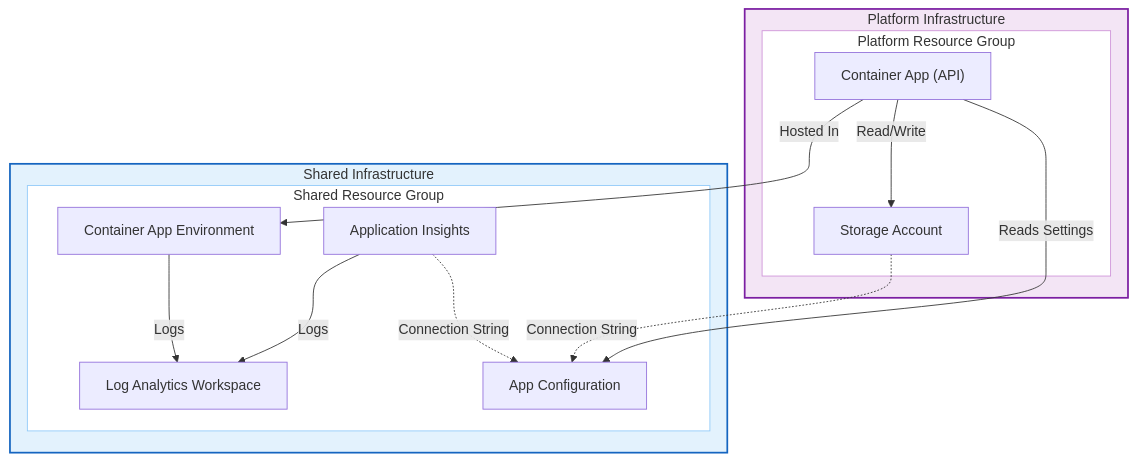
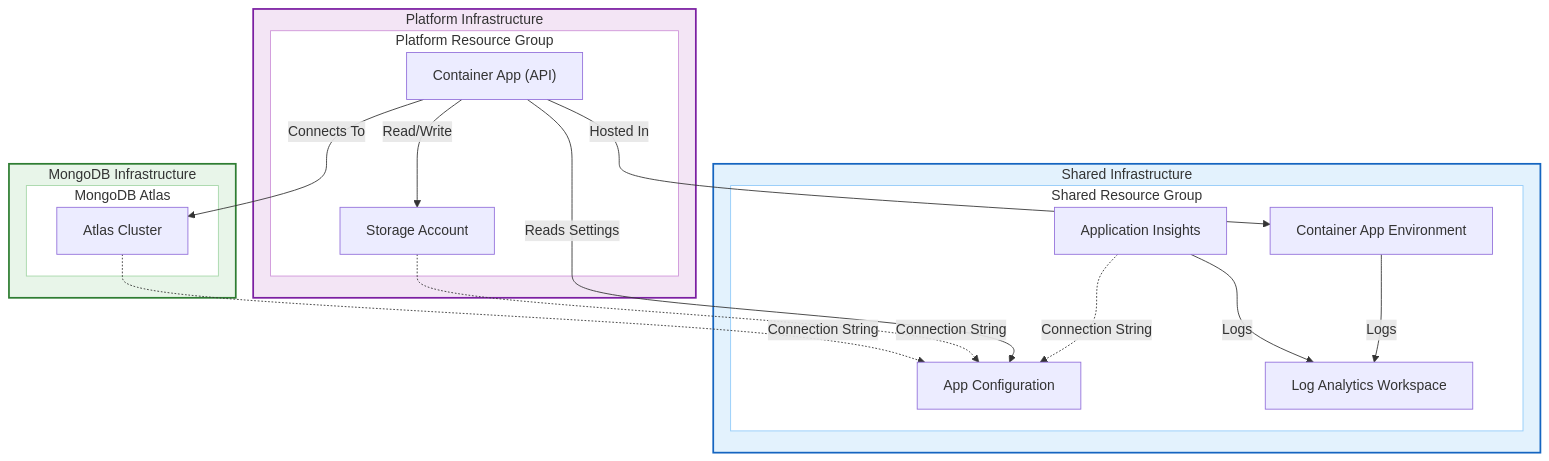
One commit to aytymchuk/Dilcore-Shared-InfraAsCode changed the diagram in README.md. Above: the diagram before and after it, drawn with Mermaid. The commit also changed other lines of this file and 10 other files, not shown here.

````diff
--- a/README.md
+++ b/README.md
@@ -18,35 +19,45 @@
 ```mermaid
 graph TD
     subgraph Shared_Infrastructure["Shared Infrastructure"]
         style Shared_Infrastructure fill:#e3f2fd,stroke:#1565c0,stroke-width:2px
         subgraph SharedRG["Shared Resource Group"]
             style SharedRG fill:#ffffff,stroke:#90caf9
             LAW["Log Analytics Workspace"]
             AppConfig["App Configuration"]
             AppInsights["Application Insights"]
             CAE["Container App Environment"]
         end
     end
 
     subgraph Platform_Infrastructure["Platform Infrastructure"]
         style Platform_Infrastructure fill:#f3e5f5,stroke:#7b1fa2,stroke-width:2px
         subgraph PlatformRG["Platform Resource Group"]
             style PlatformRG fill:#ffffff,stroke:#ce93d8
             ContainerApp["Container App (API)"]
             Storage["Storage Account"]
         end
     end
+    
+    subgraph MongoDB_Infrastructure["MongoDB Infrastructure"]
+        style MongoDB_Infrastructure fill:#e8f5e9,stroke:#2e7d32,stroke-width:2px
+        subgraph Atlas["MongoDB Atlas"]
+            style Atlas fill:#ffffff,stroke:#a5d6a7
+            AtlasCluster["Atlas Cluster"]
+        end
+    end
 
     %% Cross-Group Relationships
     ContainerApp -->|Hosted In| CAE
     ContainerApp -->|Reads Settings| AppConfig
     ContainerApp -->|Read/Write| Storage
+    ContainerApp -->|Connects To| AtlasCluster
     
     %% Logging & Monitoring
     AppInsights -->|Logs| LAW
     CAE -->|Logs| LAW
     
     %% Configuration Flow (Terraform managed)
     Storage -.->|Connection String| AppConfig
     AppInsights -.->|Connection String| AppConfig
+    AtlasCluster -.->|Connection String| AppConfig
 ```
````
